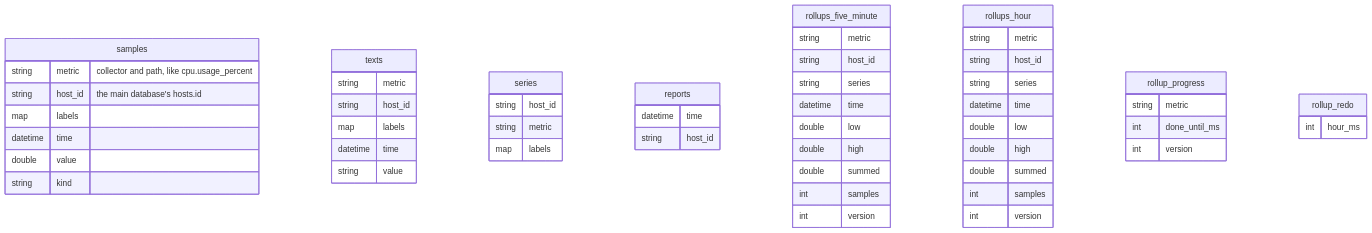
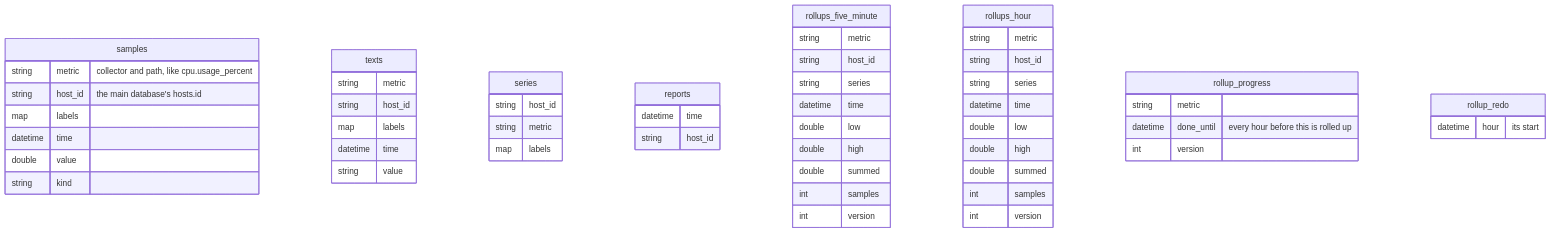
One commit to sfreiberg/maxnines changed the fourth of 4 diagrams in database/README.md. Above: the diagram before and after it, drawn with Mermaid. The commit also changed other lines of this file and 133 other files, not shown here.

````diff
--- a/database/README.md
+++ b/database/README.md
@@ -557,57 +557,57 @@
 ```mermaid
 erDiagram
     samples {
         string metric "collector and path, like cpu.usage_percent"
         string host_id "the main database's hosts.id"
         map labels
         datetime time
         double value
         string kind
     }
     texts {
         string metric
         string host_id
         map labels
         datetime time
         string value
     }
     series {
         string host_id
         string metric
         map labels
     }
     reports {
         datetime time
         string host_id
     }
     rollups_five_minute {
         string metric
         string host_id
         string series
         datetime time
         double low
         double high
         double summed
         int samples
         int version
     }
     rollups_hour {
         string metric
         string host_id
         string series
         datetime time
         double low
         double high
         double summed
         int samples
         int version
     }
     rollup_progress {
         string metric
-        int done_until_ms
+        datetime done_until "every hour before this is rolled up"
         int version
     }
     rollup_redo {
-        int hour_ms
+        datetime hour "its start"
     }
 ```
````
